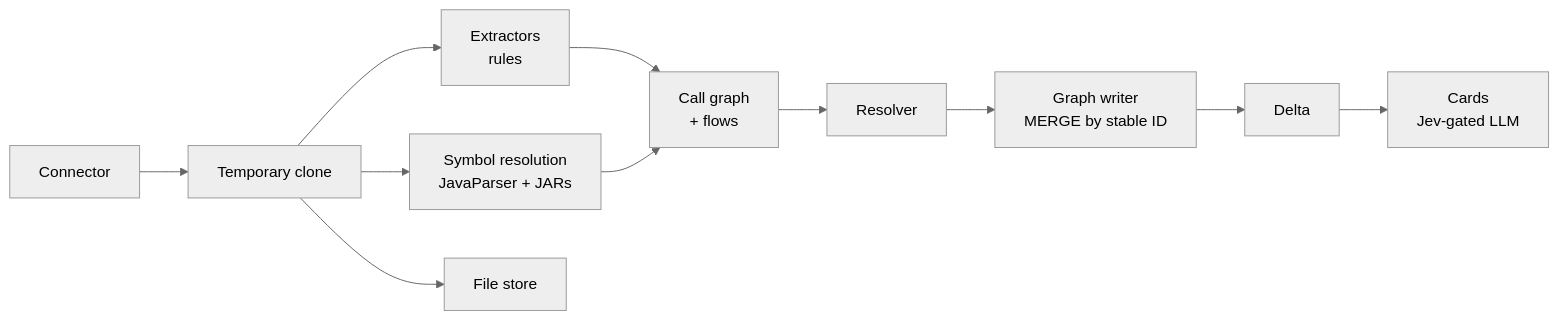
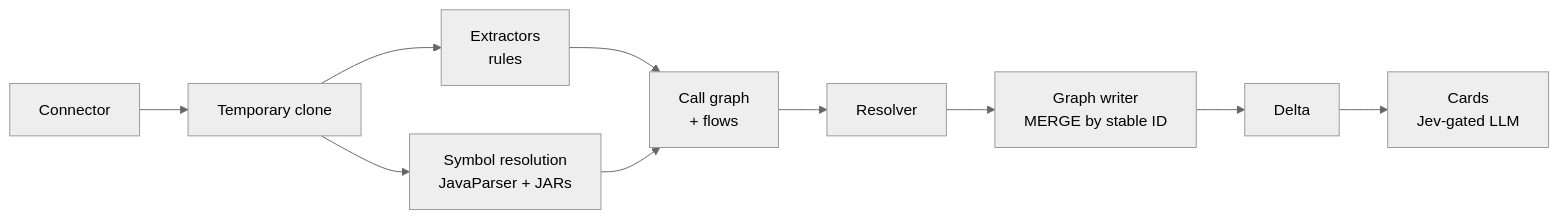
The sixth of 8 diagrams in docs/DESIGN_DOC.md (KBavis/steno), drawn with Mermaid (neutral theme) before and after one commit. The commit also changed other lines of this file and 5 other files, not shown here.

````diff
--- a/docs/DESIGN_DOC.md
+++ b/docs/DESIGN_DOC.md
@@ -218,7 +218,6 @@
 ```mermaid
 flowchart LR
     C[Connector] --> W[Temporary clone] --> X[Extractors<br/>rules] --> CG[Call graph<br/>+ flows]
     W --> SR[Symbol resolution<br/>JavaParser + JARs] --> CG
-    W --> FS[File store]
     CG --> R[Resolver] --> GW[Graph writer<br/>MERGE by stable ID] --> D[Delta] --> CARD[Cards<br/>Jev-gated LLM]
 ```
````
